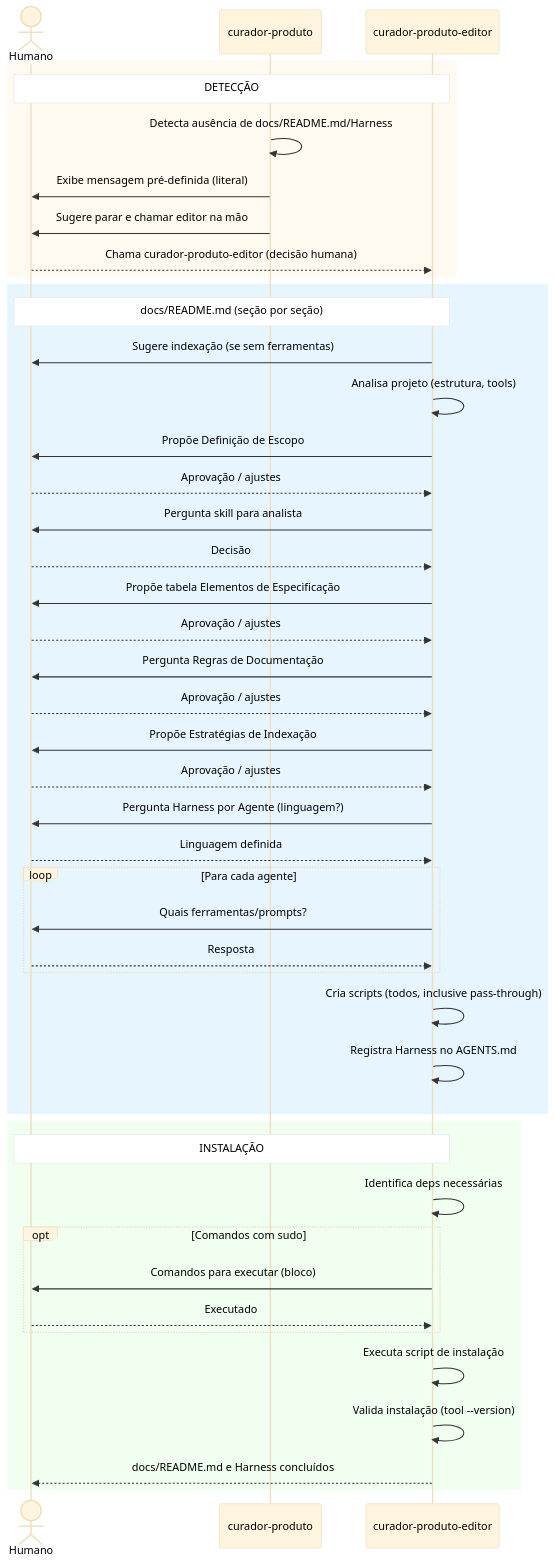
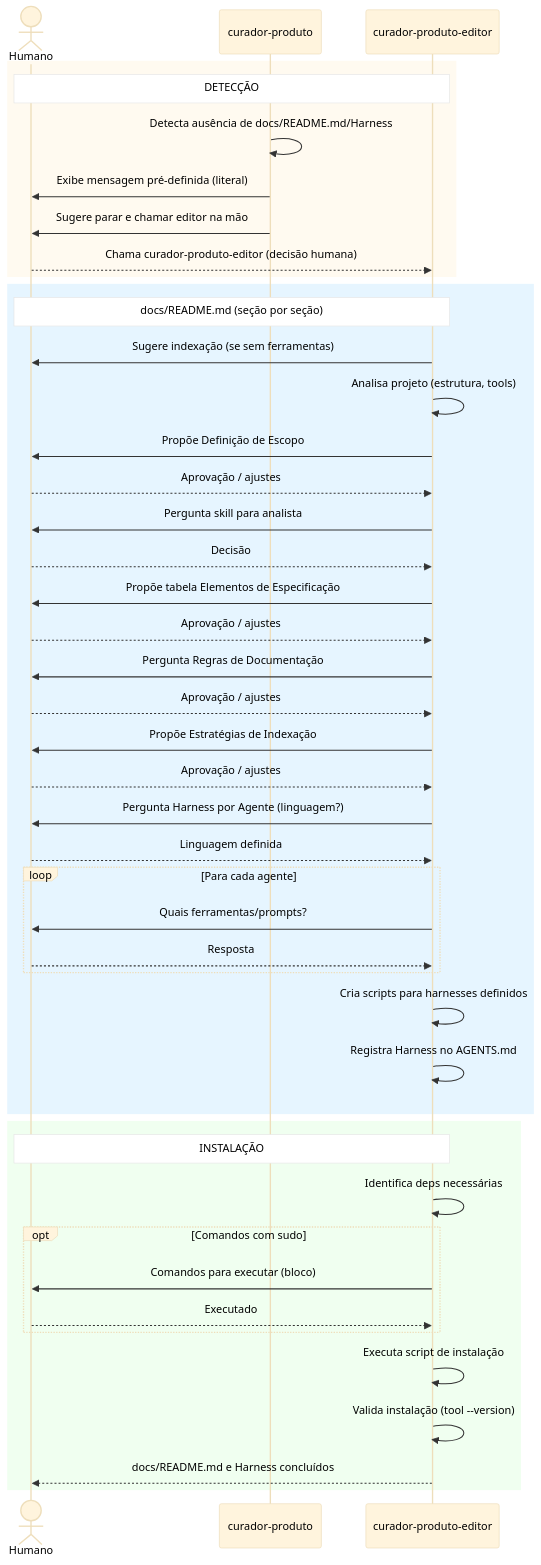
One commit to vitormcruz/opencode-global-config changed the diagram in docs/workflow-curadoria.md. Above: the diagram before and after it, drawn with Mermaid. The commit also changed other lines of this file and 17 other files, not shown here.

````diff
--- a/docs/workflow-curadoria.md
+++ b/docs/workflow-curadoria.md
@@ -399,59 +406,59 @@
 ```mermaid
 %%{init: {'theme': 'base', 'themeVariables': {
     'actorTextColor': '#000000',
     'signalTextColor': '#000000',
     'labelTextColor': '#000000',
     'noteBkgColor': '#ffffff',
     'noteTextColor': '#000000',
     'activationBorderColor': '#666666',
     'sequenceNumberColor': '#000000'
 }}}%%
 sequenceDiagram
     actor Humano
     participant cur as curador-produto
     participant edit as curador-produto-editor
 
     rect rgb(255, 250, 240)
     Note over Humano, edit: DETECÇÃO
     cur ->> cur: Detecta ausência de docs/README.md/Harness
     cur ->> Humano: Exibe mensagem pré-definida (literal)
     cur ->> Humano: Sugere parar e chamar editor na mão
     Humano -->> edit: Chama curador-produto-editor (decisão humana)
     end
 
     rect rgb(230, 245, 255)
     Note over Humano, edit: docs/README.md (seção por seção)
     edit ->> Humano: Sugere indexação (se sem ferramentas)
     edit ->> edit: Analisa projeto (estrutura, tools)
     edit ->> Humano: Propõe Definição de Escopo
     Humano -->> edit: Aprovação / ajustes
     edit ->> Humano: Pergunta skill para analista
     Humano -->> edit: Decisão
     edit ->> Humano: Propõe tabela Elementos de Especificação
     Humano -->> edit: Aprovação / ajustes
     edit ->> Humano: Pergunta Regras de Documentação
     Humano -->> edit: Aprovação / ajustes
     edit ->> Humano: Propõe Estratégias de Indexação
     Humano -->> edit: Aprovação / ajustes
     edit ->> Humano: Pergunta Harness por Agente (linguagem?)
     Humano -->> edit: Linguagem definida
     loop Para cada agente
         edit ->> Humano: Quais ferramentas/prompts?
         Humano -->> edit: Resposta
     end
-    edit ->> edit: Cria scripts (todos, inclusive pass-through)
+    edit ->> edit: Cria scripts para harnesses definidos
     edit ->> edit: Registra Harness no AGENTS.md
     end
 
     rect rgb(240, 255, 240)
     Note over Humano, edit: INSTALAÇÃO
     edit ->> edit: Identifica deps necessárias
     opt Comandos com sudo
         edit ->> Humano: Comandos para executar (bloco)
         Humano -->> edit: Executado
     end
     edit ->> edit: Executa script de instalação
     edit ->> edit: Valida instalação (tool --version)
     edit -->> Humano: docs/README.md e Harness concluídos
     end
 ```
````
